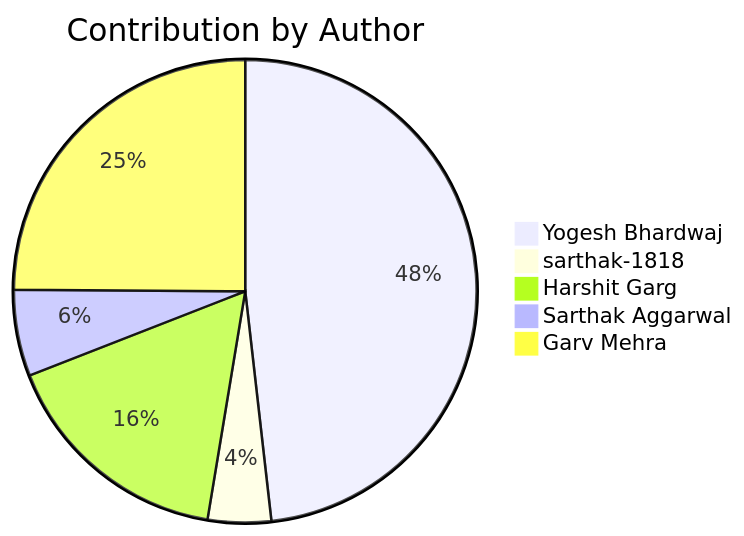
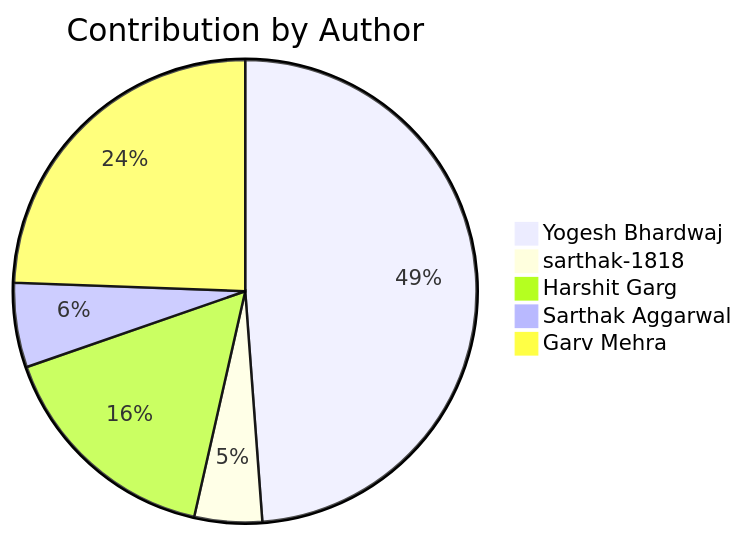
Before and after one commit to Yogesh-Bhardwaj-hue/Scm-Final_2.0: the second of 2 diagrams in README.md, drawn with Mermaid. The commit also changed other lines of this file, not shown here.

````diff
--- a/README.md
+++ b/README.md
@@ -190,8 +190,8 @@
 ```mermaid
 pie title Contribution by Author
-    "Yogesh Bhardwaj": 120
-    "sarthak-1818": 11
+    "Yogesh Bhardwaj": 124
+    "sarthak-1818": 12
     "Harshit Garg": 41
     "Sarthak Aggarwal": 15
     "Garv Mehra": 62
 ```
````
